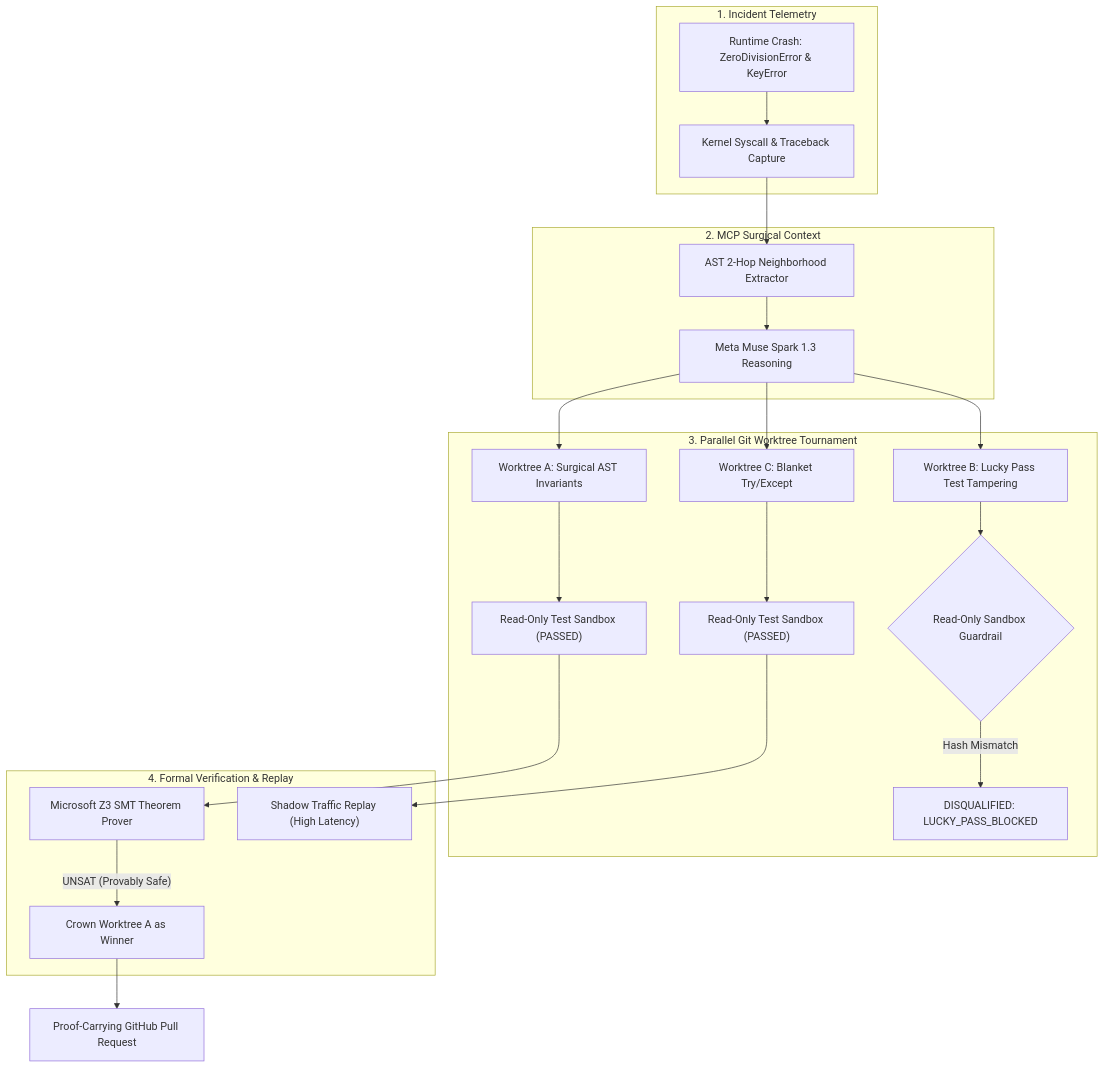
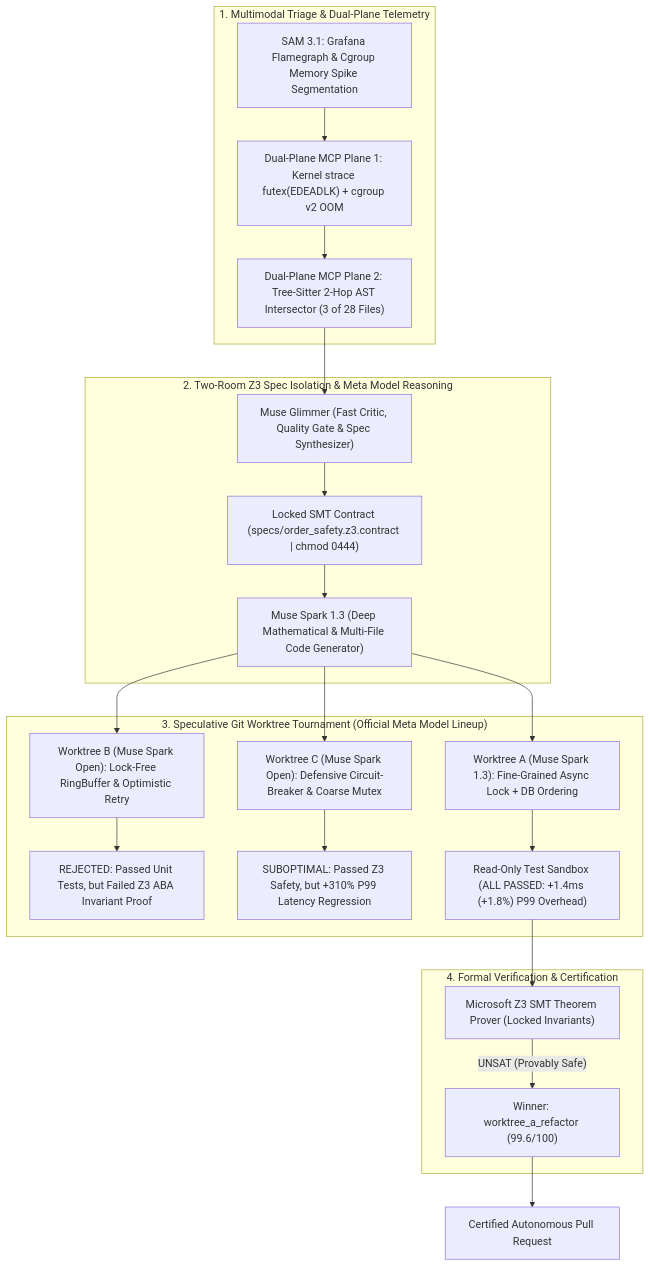
One commit to Mahesh-Paul/AutoPatch-Kernel-Autonomous-Self-Healing-Codebase-Agent-Built-on-MCP changed the diagram in artifacts/FLIGHT_RECORDER_PR.md. Above: the diagram before and after it, drawn with Mermaid. The commit also changed other lines of this file and 1 other file, not shown here.

````diff
--- a/artifacts/FLIGHT_RECORDER_PR.md
+++ b/artifacts/FLIGHT_RECORDER_PR.md
@@ -23,31 +41,30 @@
 ```mermaid
 flowchart TD
-    subgraph S1["1. Incident Telemetry"]
-        Crash["Runtime Crash: ZeroDivisionError & KeyError"] --> Telemetry["Kernel Syscall & Traceback Capture"]
+    subgraph S1["1. Multimodal Triage & Dual-Plane Telemetry"]
+        SAM31["SAM 3.1: Grafana Flamegraph & Cgroup Memory Spike Segmentation"] --> Telemetry["Dual-Plane MCP Plane 1: Kernel strace futex(EDEADLK) + cgroup v2 OOM"]
+        Telemetry --> AST["Dual-Plane MCP Plane 2: Tree-Sitter 2-Hop AST Intersector (3 of 28 Files)"]
     end
 
-    subgraph S2["2. MCP Surgical Context"]
-        Telemetry --> AST["AST 2-Hop Neighborhood Extractor"]
-        AST --> MuseSpark["Meta Muse Spark 1.3 Reasoning"]
+    subgraph S2["2. Two-Room Z3 Spec Isolation & Meta Model Reasoning"]
+        AST --> MuseGlimmer["Muse Glimmer (Fast Critic, Quality Gate & Spec Synthesizer)"]
+        MuseGlimmer --> SpecSeal["Locked SMT Contract (specs/order_safety.z3.contract | chmod 0444)"]
+        SpecSeal --> MuseSpark["Muse Spark 1.3 (Deep Mathematical & Multi-File Code Generator)"]
     end
 
-    subgraph S3["3. Parallel Git Worktree Tournament"]
-        MuseSpark --> WT_A["Worktree A: Surgical AST Invariants"]
-        MuseSpark --> WT_B["Worktree B: Lucky Pass Test Tampering"]
-        MuseSpark --> WT_C["Worktree C: Blanket Try/Except"]
+    subgraph S3["3. Speculative Git Worktree Tournament (Official Meta Model Lineup)"]
+        MuseSpark --> WT_A["Worktree A (Muse Spark 1.3): Fine-Grained Async Lock + DB Ordering"]
+        MuseSpark --> WT_B["Worktree B (Muse Spark Open): Lock-Free RingBuffer & Optimistic Retry"]
+        MuseSpark --> WT_C["Worktree C (Muse Spark Open): Defensive Circuit-Breaker & Coarse Mutex"]
         
-        WT_B --> Guardrail{"Read-Only Sandbox Guardrail"}
-        Guardrail -- "Hash Mismatch" --> DisqualB["DISQUALIFIED: LUCKY_PASS_BLOCKED"]
-        
-        WT_A --> SandboxA["Read-Only Test Sandbox (PASSED)"]
-        WT_C --> SandboxC["Read-Only Test Sandbox (PASSED)"]
+        WT_B --> FailB["REJECTED: Passed Unit Tests, but Failed Z3 ABA Invariant Proof"]
+        WT_C --> FailC["SUBOPTIMAL: Passed Z3 Safety, but +310% P99 Latency Regression"]
+        WT_A --> SandboxA["Read-Only Test Sandbox (ALL PASSED: +1.4ms (+1.8%) P99 Overhead)"]
     end
 
-    subgraph S4["4. Formal Verification & Replay"]
-        SandboxA --> Z3["Microsoft Z3 SMT Theorem Prover"]
-        Z3 -- "UNSAT (Provably Safe)" --> Winner["Crown Worktree A as Winner"]
-        SandboxC --> Shadow["Shadow Traffic Replay (High Latency)"]
+    subgraph S4["4. Formal Verification & Certification"]
+        SandboxA --> Z3["Microsoft Z3 SMT Theorem Prover (Locked Invariants)"]
+        Z3 -- "UNSAT (Provably Safe)" --> Winner["Winner: worktree_a_refactor (99.6/100)"]
     end
 
-    Winner --> PR["Proof-Carrying GitHub Pull Request"]
+    Winner --> PR["Certified Autonomous Pull Request"]
 ```
````
